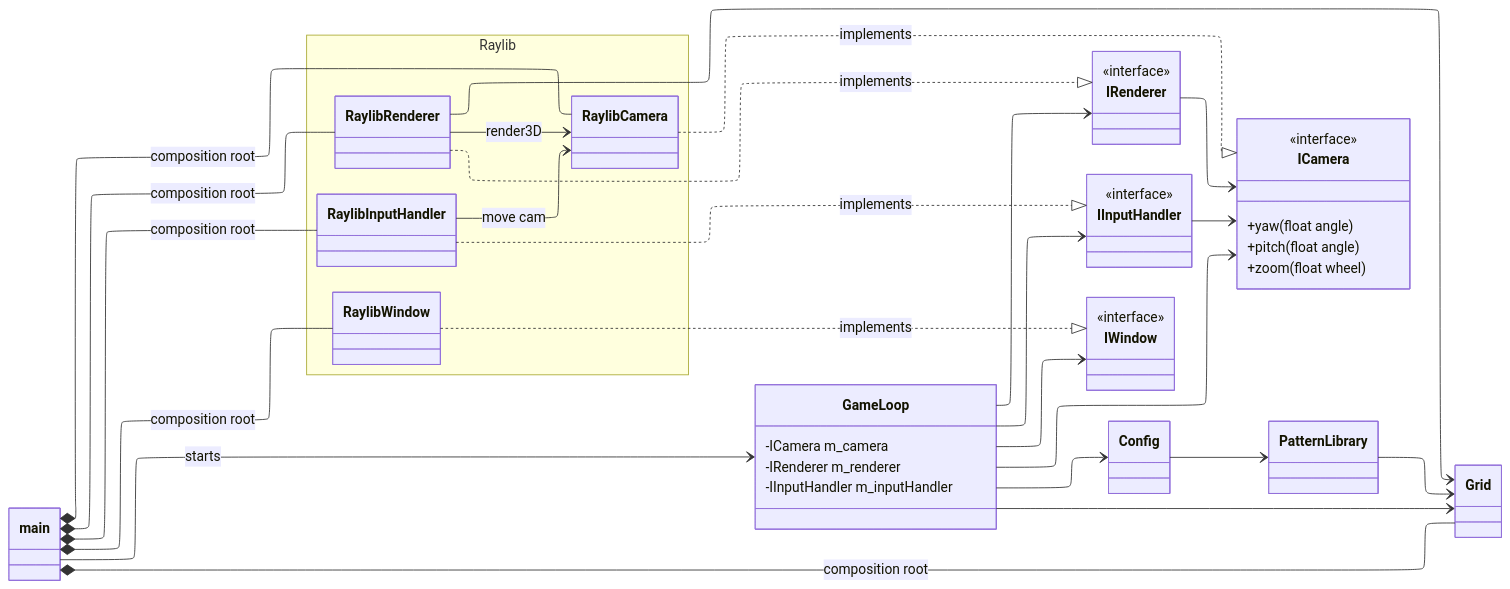
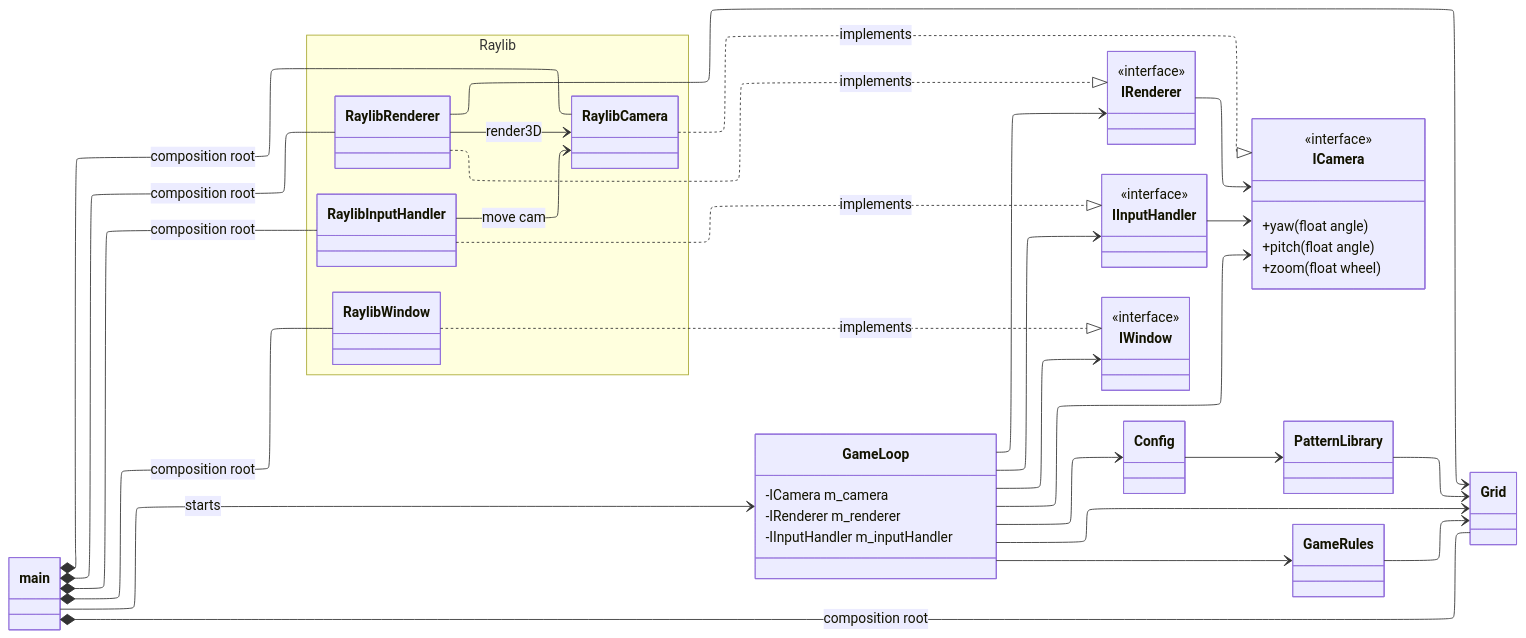
The diagram in classdiagram.md (dciuca/gameOfLife3D), drawn with Mermaid before and after one commit. The commit also changed 5 other files, not shown here.

Commit message:
Added GameRules

````diff
--- a/classdiagram.md
+++ b/classdiagram.md
@@ -2,75 +2,79 @@
 ```mermaid
 ---
 config:
   layout: elk
 ---
 classDiagram
     direction LR
 
     class main
 
     class GameLoop {
         -ICamera m_camera
         -IRenderer m_renderer
         -IInputHandler m_inputHandler
     }
     class IRenderer {
         <<interface>>
     }
     class IInputHandler {
         <<interface>>
     }
     class IWindow {
         <<interface>>
     }
     class ICamera {
         <<interface>>
         +yaw(float angle)
         +pitch(float angle)
         +zoom(float wheel)
     }
 
     class Grid
     class PatternLibrary
     class Config
+    class GameRules
 
 
     namespace Raylib {
         class RaylibRenderer
         class RaylibInputHandler
         class RaylibCamera
         class RaylibWindow
     }
 
     main *-- RaylibRenderer : composition root
     main *-- RaylibInputHandler : composition root
     main *-- RaylibCamera : composition root
     main *-- RaylibWindow : composition root
     main *-- Grid : composition root
     main --> GameLoop : starts
 
     GameLoop --> IRenderer
     GameLoop --> IInputHandler
     GameLoop --> ICamera
     GameLoop --> IWindow
     GameLoop --> Config
     GameLoop --> Grid
+    GameLoop --> GameRules
+    GameRules --> Grid
+
 
     RaylibRenderer ..|> IRenderer : implements
     RaylibInputHandler ..|> IInputHandler : implements
     RaylibCamera ..|> ICamera : implements
     RaylibWindow ..|> IWindow : implements
 
     RaylibRenderer --> Grid
     RaylibRenderer --> RaylibCamera: render3D
     RaylibInputHandler --> RaylibCamera: move cam
 
     IRenderer --> ICamera
     IInputHandler --> ICamera
 
     Config --> PatternLibrary
     PatternLibrary --> Grid
 
     classDef interface fill:#eef2ff,stroke:#818cf8,stroke-width:2px,color:#1e1b4b
     cssClass "IRenderer,IInputHandler,ICamera" interface
 ```
````
